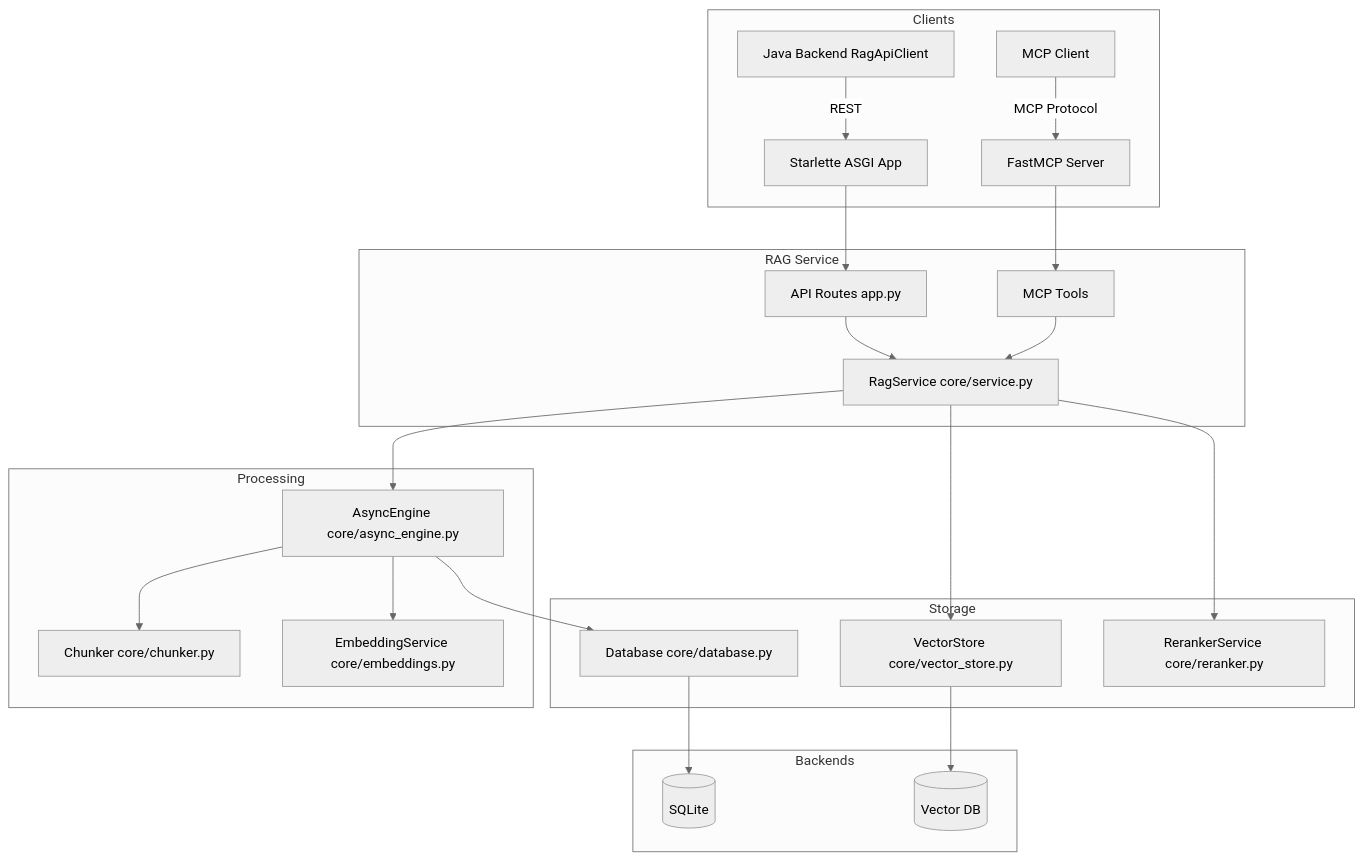
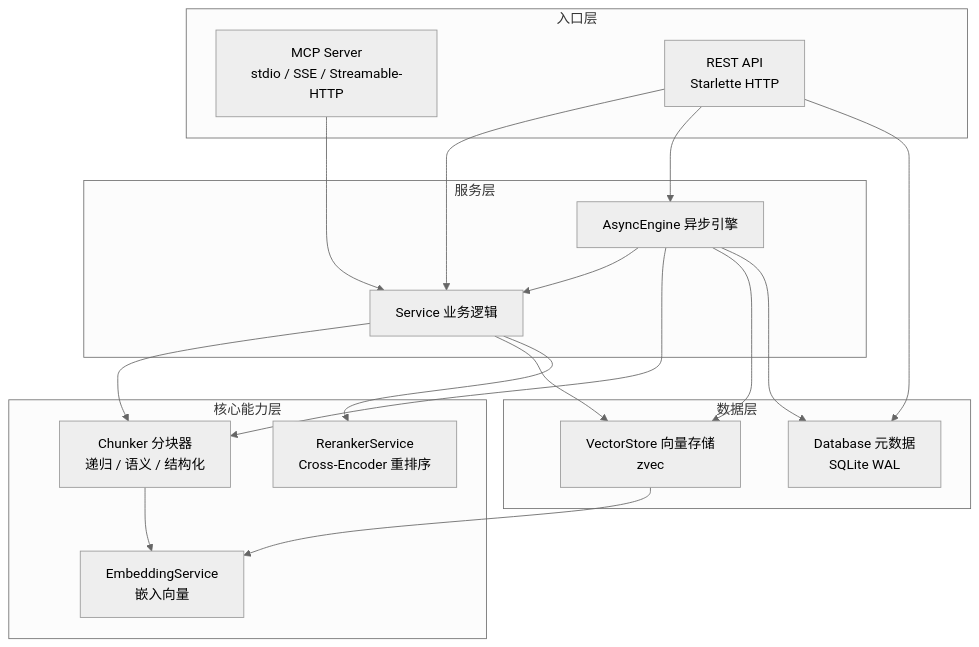
One commit to mambo-wang/CodingHub changed the diagram in repowiki/RAG服务.md. Above: the diagram before and after it, drawn with Mermaid (neutral theme). The commit also changed other lines of this file and 94 other files, not shown here.

````diff
--- a/repowiki/RAG服务.md
+++ b/repowiki/RAG服务.md
@@ -9,27 +9,37 @@
 ```mermaid
-graph TD
-    subgraph Clients
-        A[Java Backend RagApiClient] -->|REST| B[Starlette ASGI App]
-        C[MCP Client] -->|MCP Protocol| D[FastMCP Server]
+graph TB
+    subgraph 入口层
+        MCP[MCP Server<br/>stdio / SSE / Streamable-HTTP]
+        REST[REST API<br/>Starlette HTTP]
     end
-    subgraph RAG Service
-        B --> E[API Routes app.py]
-        D --> F[MCP Tools]
-        E --> G[RagService core/service.py]
-        F --> G
+
+    subgraph 服务层
+        SVC[Service 业务逻辑]
+        AE[AsyncEngine 异步引擎]
     end
-    subgraph Processing
-        G --> H[AsyncEngine core/async_engine.py]
-        H --> I[Chunker core/chunker.py]
-        H --> J[EmbeddingService core/embeddings.py]
+
+    subgraph 核心能力层
+        CK[Chunker 分块器<br/>递归 / 语义 / 结构化]
+        EMB[EmbeddingService<br/>嵌入向量]
+        RR[RerankerService<br/>Cross-Encoder 重排序]
     end
-    subgraph Storage
-        G --> K[VectorStore core/vector_store.py]
-        H --> L[Database core/database.py]
-        G --> M[RerankerService core/reranker.py]
+
+    subgraph 数据层
+        VS[VectorStore 向量存储<br/>zvec]
+        DB[Database 元数据<br/>SQLite WAL]
     end
-    subgraph Backends
-        K --> N[(Vector DB)]
-        L --> O[(SQLite)]
-    end
+
+    MCP --> SVC
+    REST --> SVC
+    REST --> AE
+    AE --> SVC
+    SVC --> CK
+    SVC --> VS
+    AE --> CK
+    AE --> VS
+    CK --> EMB
+    VS --> EMB
+    SVC --> RR
+    REST --> DB
+    AE --> DB
 ```
````
